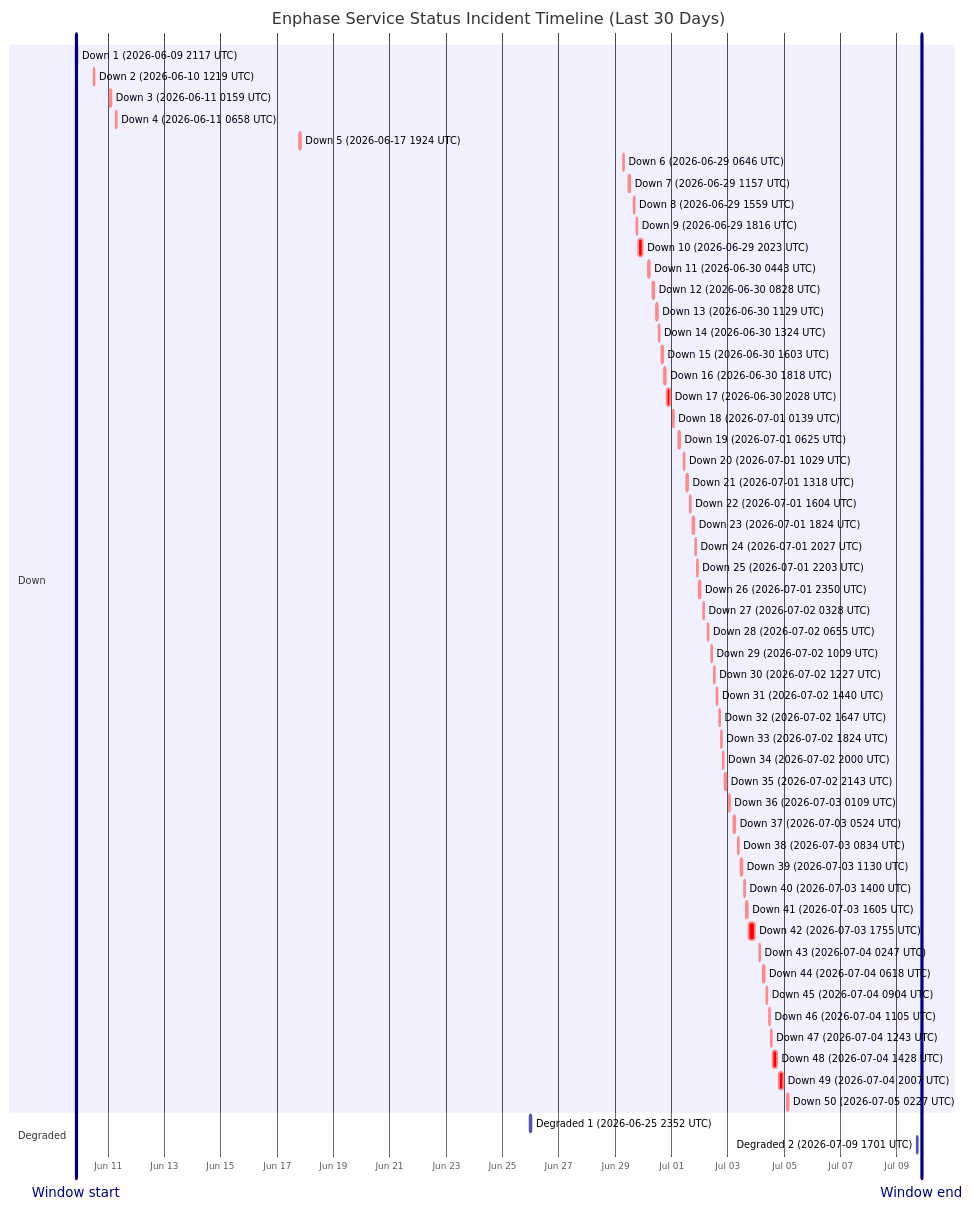
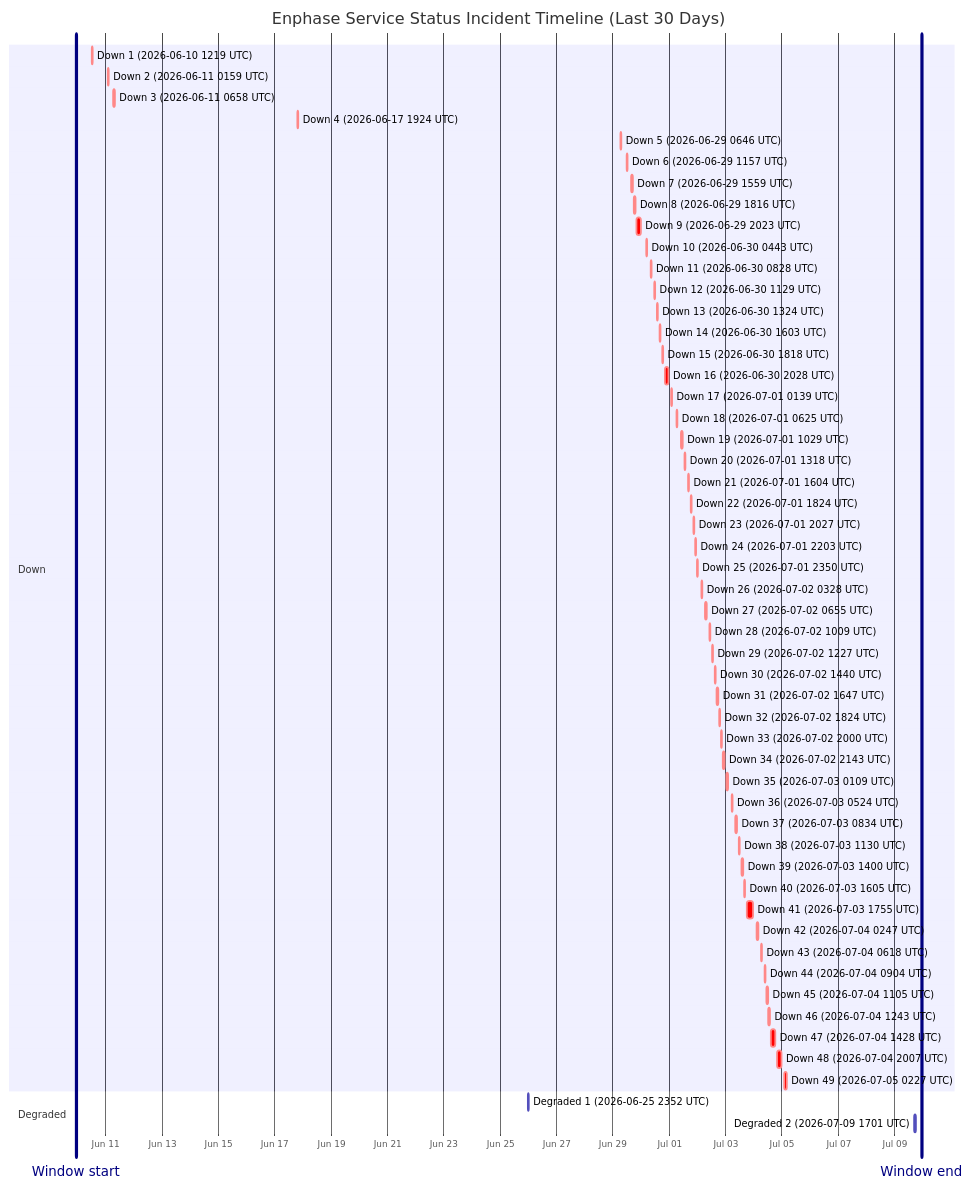
Before and after one commit to barneyonline/ha-enphase-energy: the diagram in wiki/Service-Status-History.md, drawn with Mermaid. The commit also changed other lines of this file and 3 other files, not shown here.

````diff
--- a/wiki/Service-Status-History.md
+++ b/wiki/Service-Status-History.md
@@ -14,62 +14,61 @@
 ```mermaid
 gantt
     title Enphase Service Status Incident Timeline (Last 30 Days)
     dateFormat  YYYY-MM-DDTHH:mm:ss
     axisFormat  %b %d
-    Window start :vert, window-start, 2026-06-09T21:02:42, 0ms
-    Window end :vert, window-end, 2026-07-09T21:02:42, 0ms
+    Window start :vert, window-start, 2026-06-09T22:49:10, 0ms
+    Window end :vert, window-end, 2026-07-09T22:49:10, 0ms
     section Down
-    Down 1 (2026-06-09 2117 UTC) :crit, down-1, 2026-06-09T21:17:17, 60m
-    Down 2 (2026-06-10 1219 UTC) :crit, down-2, 2026-06-10T12:19:21, 60m
-    Down 3 (2026-06-11 0159 UTC) :crit, down-3, 2026-06-11T01:59:36, 60m
-    Down 4 (2026-06-11 0658 UTC) :crit, down-4, 2026-06-11T06:58:45, 60m
-    Down 5 (2026-06-17 1924 UTC) :crit, down-5, 2026-06-17T19:24:51, 60m
-    Down 6 (2026-06-29 0646 UTC) :crit, down-6, 2026-06-29T06:46:18, 60m
-    Down 7 (2026-06-29 1157 UTC) :crit, down-7, 2026-06-29T11:57:36, 60m
-    Down 8 (2026-06-29 1559 UTC) :crit, down-8, 2026-06-29T15:59:02, 60m
-    Down 9 (2026-06-29 1816 UTC) :crit, down-9, 2026-06-29T18:16:38, 60m
-    Down 10 (2026-06-29 2023 UTC) :crit, down-10, 2026-06-29T20:23:16, 220m
-    Down 11 (2026-06-30 0443 UTC) :crit, down-11, 2026-06-30T04:43:54, 60m
-    Down 12 (2026-06-30 0828 UTC) :crit, down-12, 2026-06-30T08:28:43, 60m
-    Down 13 (2026-06-30 1129 UTC) :crit, down-13, 2026-06-30T11:29:15, 60m
-    Down 14 (2026-06-30 1324 UTC) :crit, down-14, 2026-06-30T13:24:25, 60m
-    Down 15 (2026-06-30 1603 UTC) :crit, down-15, 2026-06-30T16:03:26, 60m
-    Down 16 (2026-06-30 1818 UTC) :crit, down-16, 2026-06-30T18:18:39, 60m
-    Down 17 (2026-06-30 2028 UTC) :crit, down-17, 2026-06-30T20:28:54, 171m
-    Down 18 (2026-07-01 0139 UTC) :crit, down-18, 2026-07-01T01:39:18, 60m
-    Down 19 (2026-07-01 0625 UTC) :crit, down-19, 2026-07-01T06:25:35, 60m
-    Down 20 (2026-07-01 1029 UTC) :crit, down-20, 2026-07-01T10:29:24, 60m
-    Down 21 (2026-07-01 1318 UTC) :crit, down-21, 2026-07-01T13:18:31, 60m
-    Down 22 (2026-07-01 1604 UTC) :crit, down-22, 2026-07-01T16:04:29, 60m
-    Down 23 (2026-07-01 1824 UTC) :crit, down-23, 2026-07-01T18:24:21, 60m
-    Down 24 (2026-07-01 2027 UTC) :crit, down-24, 2026-07-01T20:27:17, 60m
-    Down 25 (2026-07-01 2203 UTC) :crit, down-25, 2026-07-01T22:03:46, 60m
-    Down 26 (2026-07-01 2350 UTC) :crit, down-26, 2026-07-01T23:50:52, 60m
-    Down 27 (2026-07-02 0328 UTC) :crit, down-27, 2026-07-02T03:28:33, 60m
-    Down 28 (2026-07-02 0655 UTC) :crit, down-28, 2026-07-02T06:55:07, 60m
-    Down 29 (2026-07-02 1009 UTC) :crit, down-29, 2026-07-02T10:09:15, 60m
-    Down 30 (2026-07-02 1227 UTC) :crit, down-30, 2026-07-02T12:27:49, 60m
-    Down 31 (2026-07-02 1440 UTC) :crit, down-31, 2026-07-02T14:40:53, 60m
-    Down 32 (2026-07-02 1647 UTC) :crit, down-32, 2026-07-02T16:47:47, 60m
-    Down 33 (2026-07-02 1824 UTC) :crit, down-33, 2026-07-02T18:24:26, 60m
-    Down 34 (2026-07-02 2000 UTC) :crit, down-34, 2026-07-02T20:00:57, 60m
-    Down 35 (2026-07-02 2143 UTC) :crit, down-35, 2026-07-02T21:43:52, 80m
-    Down 36 (2026-07-03 0109 UTC) :crit, down-36, 2026-07-03T01:09:19, 60m
-    Down 37 (2026-07-03 0524 UTC) :crit, down-37, 2026-07-03T05:24:23, 60m
-    Down 38 (2026-07-03 0834 UTC) :crit, down-38, 2026-07-03T08:34:05, 60m
-    Down 39 (2026-07-03 1130 UTC) :crit, down-39, 2026-07-03T11:30:41, 60m
-    Down 40 (2026-07-03 1400 UTC) :crit, down-40, 2026-07-03T14:00:48, 60m
-    Down 41 (2026-07-03 1605 UTC) :crit, down-41, 2026-07-03T16:05:49, 60m
-    Down 42 (2026-07-03 1755 UTC) :crit, down-42, 2026-07-03T17:55:54, 338m
-    Down 43 (2026-07-04 0247 UTC) :crit, down-43, 2026-07-04T02:47:22, 60m
-    Down 44 (2026-07-04 0618 UTC) :crit, down-44, 2026-07-04T06:18:09, 60m
-    Down 45 (2026-07-04 0904 UTC) :crit, down-45, 2026-07-04T09:04:41, 60m
-    Down 46 (2026-07-04 1105 UTC) :crit, down-46, 2026-07-04T11:05:21, 60m
-    Down 47 (2026-07-04 1243 UTC) :crit, down-47, 2026-07-04T12:43:25, 60m
-    Down 48 (2026-07-04 1428 UTC) :crit, down-48, 2026-07-04T14:28:07, 243m
-    Down 49 (2026-07-04 2007 UTC) :crit, down-49, 2026-07-04T20:07:50, 206m
-    Down 50 (2026-07-05 0227 UTC) :crit, down-50, 2026-07-05T02:27:32, 109m
+    Down 1 (2026-06-10 1219 UTC) :crit, down-1, 2026-06-10T12:19:21, 60m
+    Down 2 (2026-06-11 0159 UTC) :crit, down-2, 2026-06-11T01:59:36, 60m
+    Down 3 (2026-06-11 0658 UTC) :crit, down-3, 2026-06-11T06:58:45, 60m
+    Down 4 (2026-06-17 1924 UTC) :crit, down-4, 2026-06-17T19:24:51, 60m
+    Down 5 (2026-06-29 0646 UTC) :crit, down-5, 2026-06-29T06:46:18, 60m
+    Down 6 (2026-06-29 1157 UTC) :crit, down-6, 2026-06-29T11:57:36, 60m
+    Down 7 (2026-06-29 1559 UTC) :crit, down-7, 2026-06-29T15:59:02, 60m
+    Down 8 (2026-06-29 1816 UTC) :crit, down-8, 2026-06-29T18:16:38, 60m
+    Down 9 (2026-06-29 2023 UTC) :crit, down-9, 2026-06-29T20:23:16, 220m
+    Down 10 (2026-06-30 0443 UTC) :crit, down-10, 2026-06-30T04:43:54, 60m
+    Down 11 (2026-06-30 0828 UTC) :crit, down-11, 2026-06-30T08:28:43, 60m
+    Down 12 (2026-06-30 1129 UTC) :crit, down-12, 2026-06-30T11:29:15, 60m
+    Down 13 (2026-06-30 1324 UTC) :crit, down-13, 2026-06-30T13:24:25, 60m
+    Down 14 (2026-06-30 1603 UTC) :crit, down-14, 2026-06-30T16:03:26, 60m
+    Down 15 (2026-06-30 1818 UTC) :crit, down-15, 2026-06-30T18:18:39, 60m
+    Down 16 (2026-06-30 2028 UTC) :crit, down-16, 2026-06-30T20:28:54, 171m
+    Down 17 (2026-07-01 0139 UTC) :crit, down-17, 2026-07-01T01:39:18, 60m
+    Down 18 (2026-07-01 0625 UTC) :crit, down-18, 2026-07-01T06:25:35, 60m
+    Down 19 (2026-07-01 1029 UTC) :crit, down-19, 2026-07-01T10:29:24, 60m
+    Down 20 (2026-07-01 1318 UTC) :crit, down-20, 2026-07-01T13:18:31, 60m
+    Down 21 (2026-07-01 1604 UTC) :crit, down-21, 2026-07-01T16:04:29, 60m
+    Down 22 (2026-07-01 1824 UTC) :crit, down-22, 2026-07-01T18:24:21, 60m
+    Down 23 (2026-07-01 2027 UTC) :crit, down-23, 2026-07-01T20:27:17, 60m
+    Down 24 (2026-07-01 2203 UTC) :crit, down-24, 2026-07-01T22:03:46, 60m
+    Down 25 (2026-07-01 2350 UTC) :crit, down-25, 2026-07-01T23:50:52, 60m
+    Down 26 (2026-07-02 0328 UTC) :crit, down-26, 2026-07-02T03:28:33, 60m
+    Down 27 (2026-07-02 0655 UTC) :crit, down-27, 2026-07-02T06:55:07, 60m
+    Down 28 (2026-07-02 1009 UTC) :crit, down-28, 2026-07-02T10:09:15, 60m
+    Down 29 (2026-07-02 1227 UTC) :crit, down-29, 2026-07-02T12:27:49, 60m
+    Down 30 (2026-07-02 1440 UTC) :crit, down-30, 2026-07-02T14:40:53, 60m
+    Down 31 (2026-07-02 1647 UTC) :crit, down-31, 2026-07-02T16:47:47, 60m
+    Down 32 (2026-07-02 1824 UTC) :crit, down-32, 2026-07-02T18:24:26, 60m
+    Down 33 (2026-07-02 2000 UTC) :crit, down-33, 2026-07-02T20:00:57, 60m
+    Down 34 (2026-07-02 2143 UTC) :crit, down-34, 2026-07-02T21:43:52, 80m
+    Down 35 (2026-07-03 0109 UTC) :crit, down-35, 2026-07-03T01:09:19, 60m
+    Down 36 (2026-07-03 0524 UTC) :crit, down-36, 2026-07-03T05:24:23, 60m
+    Down 37 (2026-07-03 0834 UTC) :crit, down-37, 2026-07-03T08:34:05, 60m
+    Down 38 (2026-07-03 1130 UTC) :crit, down-38, 2026-07-03T11:30:41, 60m
+    Down 39 (2026-07-03 1400 UTC) :crit, down-39, 2026-07-03T14:00:48, 60m
+    Down 40 (2026-07-03 1605 UTC) :crit, down-40, 2026-07-03T16:05:49, 60m
+    Down 41 (2026-07-03 1755 UTC) :crit, down-41, 2026-07-03T17:55:54, 338m
+    Down 42 (2026-07-04 0247 UTC) :crit, down-42, 2026-07-04T02:47:22, 60m
+    Down 43 (2026-07-04 0618 UTC) :crit, down-43, 2026-07-04T06:18:09, 60m
+    Down 44 (2026-07-04 0904 UTC) :crit, down-44, 2026-07-04T09:04:41, 60m
+    Down 45 (2026-07-04 1105 UTC) :crit, down-45, 2026-07-04T11:05:21, 60m
+    Down 46 (2026-07-04 1243 UTC) :crit, down-46, 2026-07-04T12:43:25, 60m
+    Down 47 (2026-07-04 1428 UTC) :crit, down-47, 2026-07-04T14:28:07, 243m
+    Down 48 (2026-07-04 2007 UTC) :crit, down-48, 2026-07-04T20:07:50, 206m
+    Down 49 (2026-07-05 0227 UTC) :crit, down-49, 2026-07-05T02:27:32, 109m
     section Degraded
     Degraded 1 (2026-06-25 2352 UTC) :active, degraded-1, 2026-06-25T23:52:01, 60m
     Degraded 2 (2026-07-09 1701 UTC) :active, degraded-2, 2026-07-09T17:01:02, 60m
 ```
````
